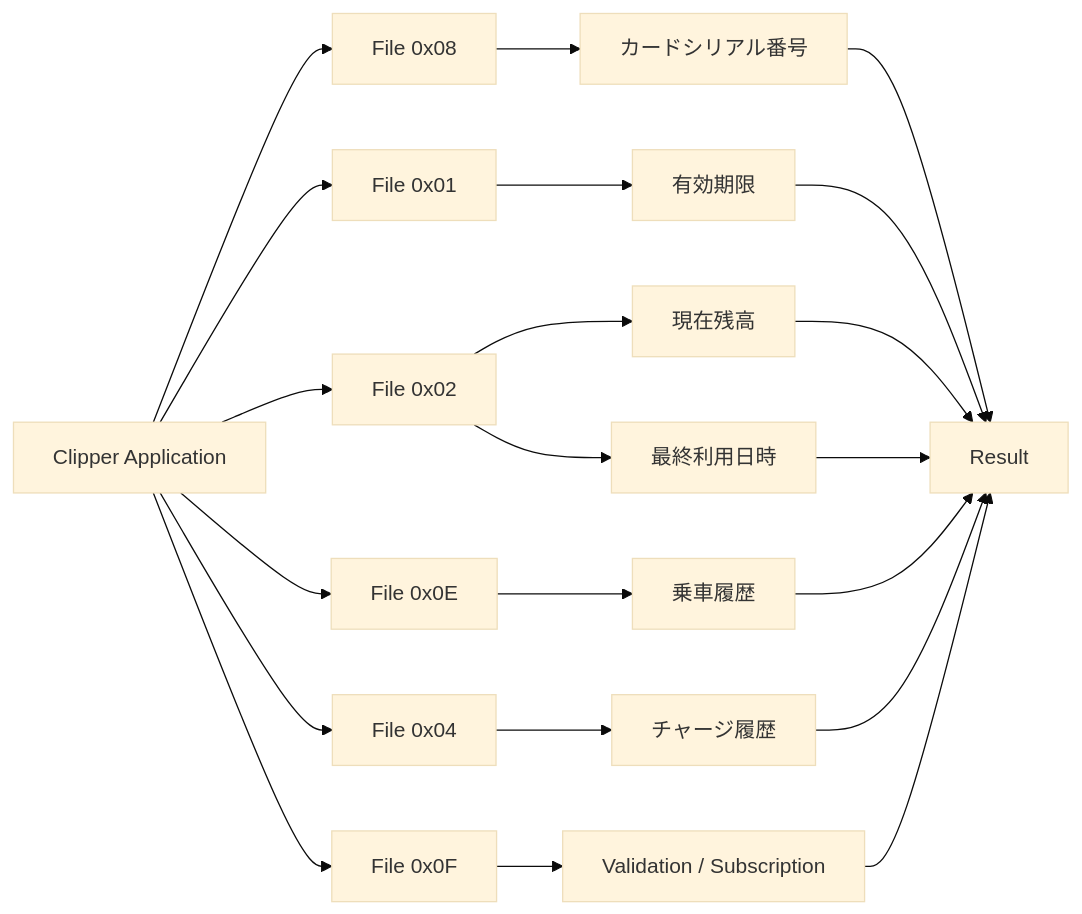
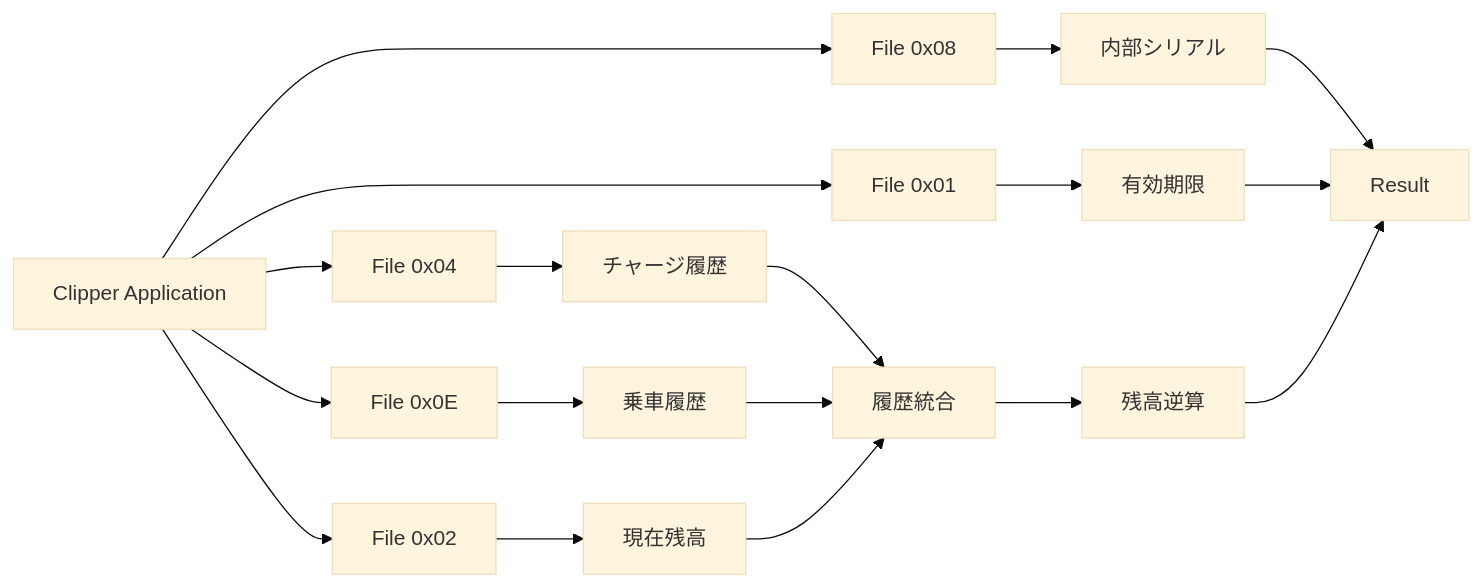
One commit to rs6-41/TransitICScanner changed the eighth of 8 diagrams in doc/cards/usClipper.md. Above: the diagram before and after it, drawn with Mermaid (base theme). The commit also changed other lines of this file and 3 other files, not shown here.

````diff
--- a/doc/cards/usClipper.md
+++ b/doc/cards/usClipper.md
@@ -860,29 +1646,22 @@
 ```mermaid
 graph LR;
-    A[Clipper Application] --> B["File 0x08"];
-    B --> C["カードシリアル番号"];
+    A["Clipper Application"] --> B["File 0x08"];
+    A --> C["File 0x01"];
+    A --> D["File 0x02"];
+    A --> E["File 0x04"];
+    A --> F["File 0x0E"];
 
-    A --> D["File 0x01"];
-    D --> E["有効期限"];
+    B --> G["内部シリアル"];
+    C --> H["有効期限"];
+    D --> I["現在残高"];
+    E --> J["チャージ履歴"];
+    F --> K["乗車履歴"];
 
-    A --> F["File 0x02"];
-    F --> G["現在残高"];
-    F --> H["最終利用日時"];
-
-    A --> I["File 0x0E"];
-    I --> J["乗車履歴"];
-
-    A --> K["File 0x04"];
-    K --> L["チャージ履歴"];
-
-    A --> M["File 0x0F"];
-    M --> N["Validation / Subscription"];
-
-    C --> O["Result"];
-    E --> O;
-    G --> O;
-    H --> O;
-    J --> O;
-    L --> O;
-    N --> O;
+    J --> L["履歴統合"];
+    K --> L;
+    I --> L;
+    L --> M["残高逆算"];
+    G --> N["Result"];
+    H --> N;
+    M --> N;
 ```
````
